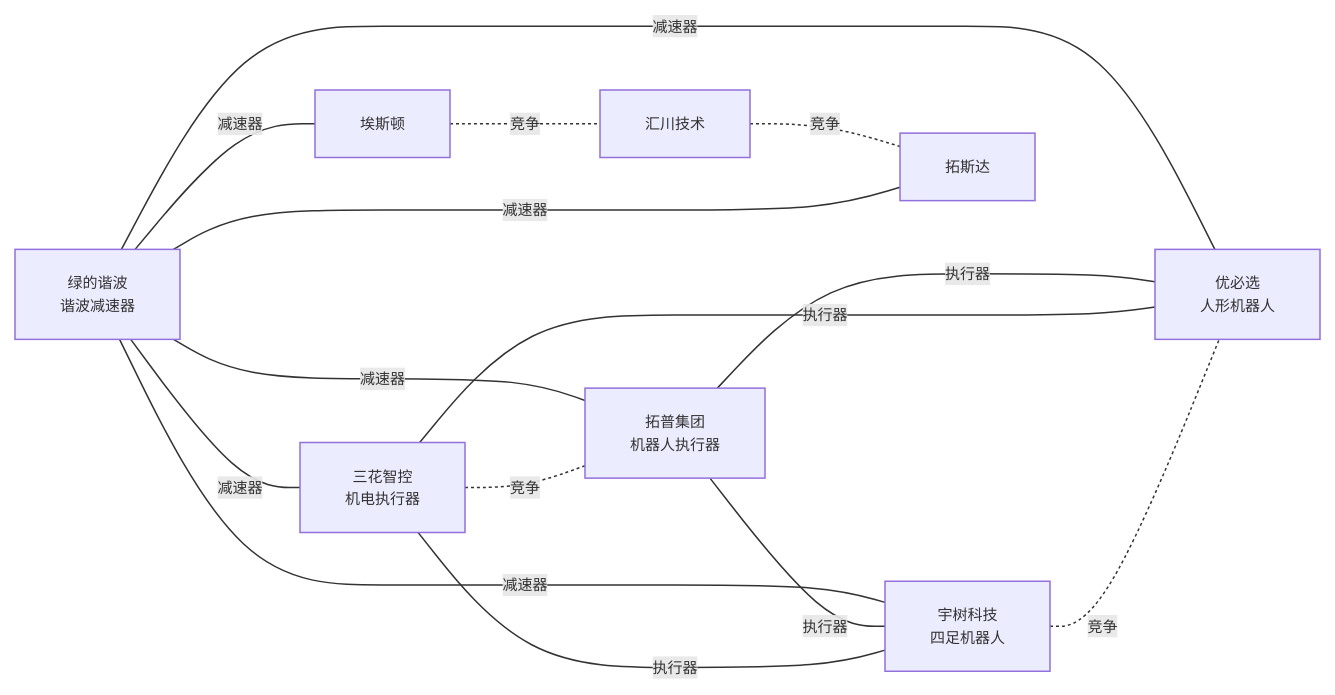
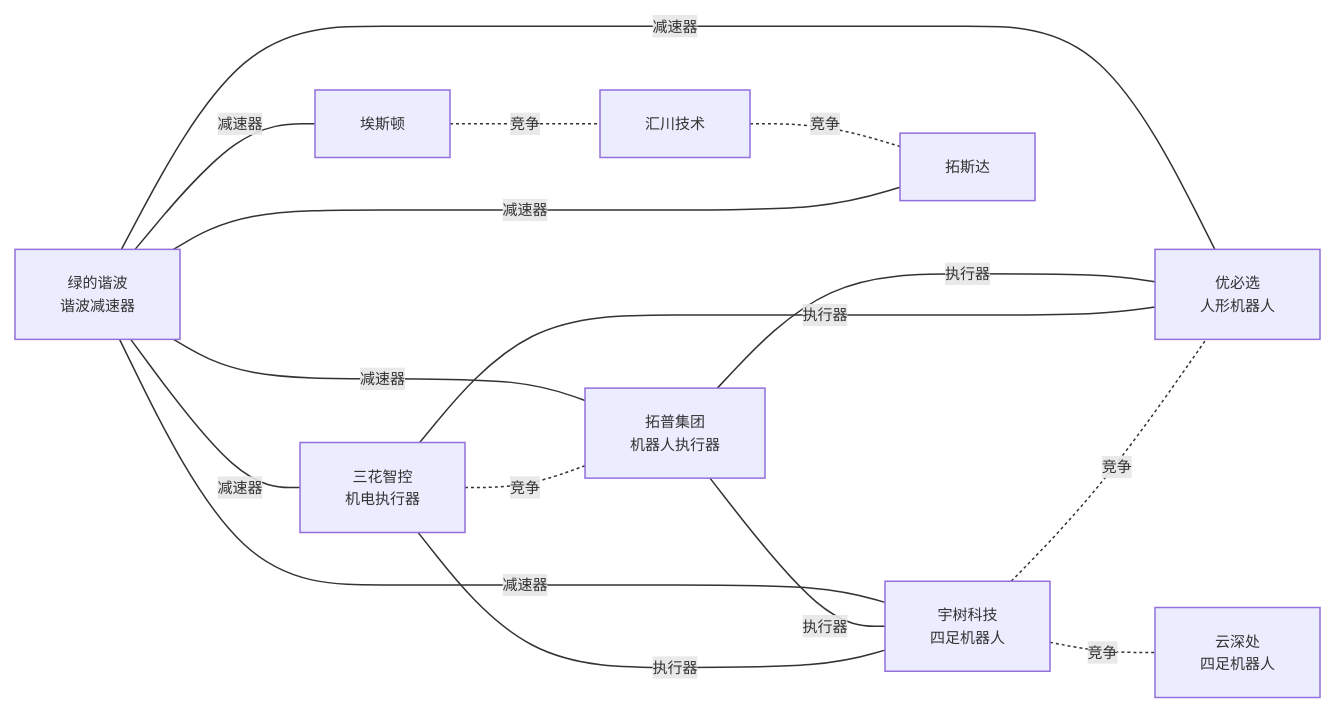
The third of 5 diagrams in industry/wiki/syntheses/公司关联图谱.md (zhangbo1882/open-industry), drawn with Mermaid before and after one commit. The commit also changed other lines of this file and 13 other files, not shown here.

````diff
--- a/industry/wiki/syntheses/公司关联图谱.md
+++ b/industry/wiki/syntheses/公司关联图谱.md
@@ -193,26 +216,28 @@
 ```mermaid
 %%{init: {'themeVariables': {'fontSize': '10px'}}}%%
 graph LR
     宇树科技[宇树科技<br/>四足机器人]
     优必选[优必选<br/>人形机器人]
+    云深处[云深处<br/>四足机器人]
     三花智控[三花智控<br/>机电执行器]
     拓普集团[拓普集团<br/>机器人执行器]
     绿的谐波[绿的谐波<br/>谐波减速器]
     宇树科技 -.-|竞争| 优必选
+    宇树科技 -.-|竞争| 云深处
     三花智控 ---|执行器| 宇树科技
     三花智控 ---|执行器| 优必选
     拓普集团 ---|执行器| 宇树科技
     拓普集团 ---|执行器| 优必选
     三花智控 -.-|竞争| 拓普集团
     绿的谐波 ---|减速器| 宇树科技
     绿的谐波 ---|减速器| 优必选
     绿的谐波 ---|减速器| 三花智控
     绿的谐波 ---|减速器| 拓斯达
     汇川技术 -.-|竞争| 拓斯达
     埃斯顿 -.-|竞争| 汇川技术
     绿的谐波 ---|减速器| 埃斯顿
     绿的谐波 ---|减速器| 拓普集团
 
     classDef business fill:#4dabf7,color:#fff,stroke:#1971c2
     classDef competition fill:#ffd43b,color:#333,stroke:#fab005
 ```
````
